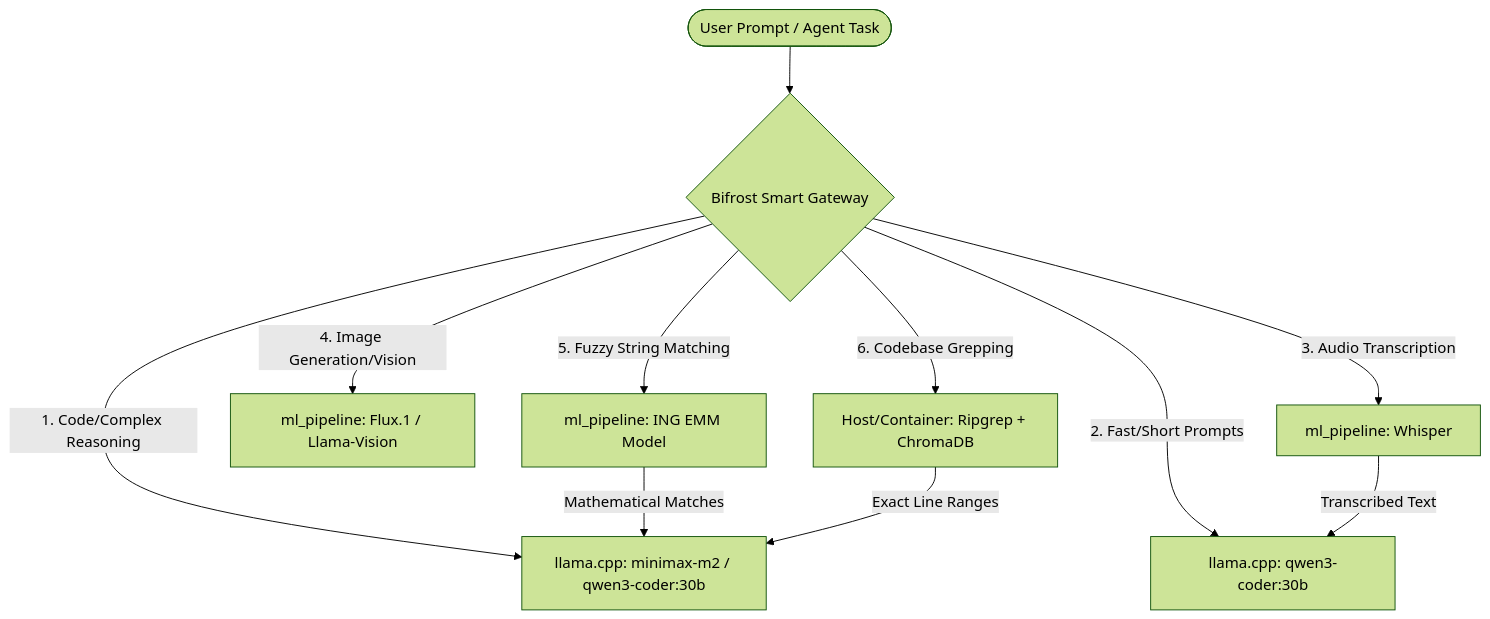
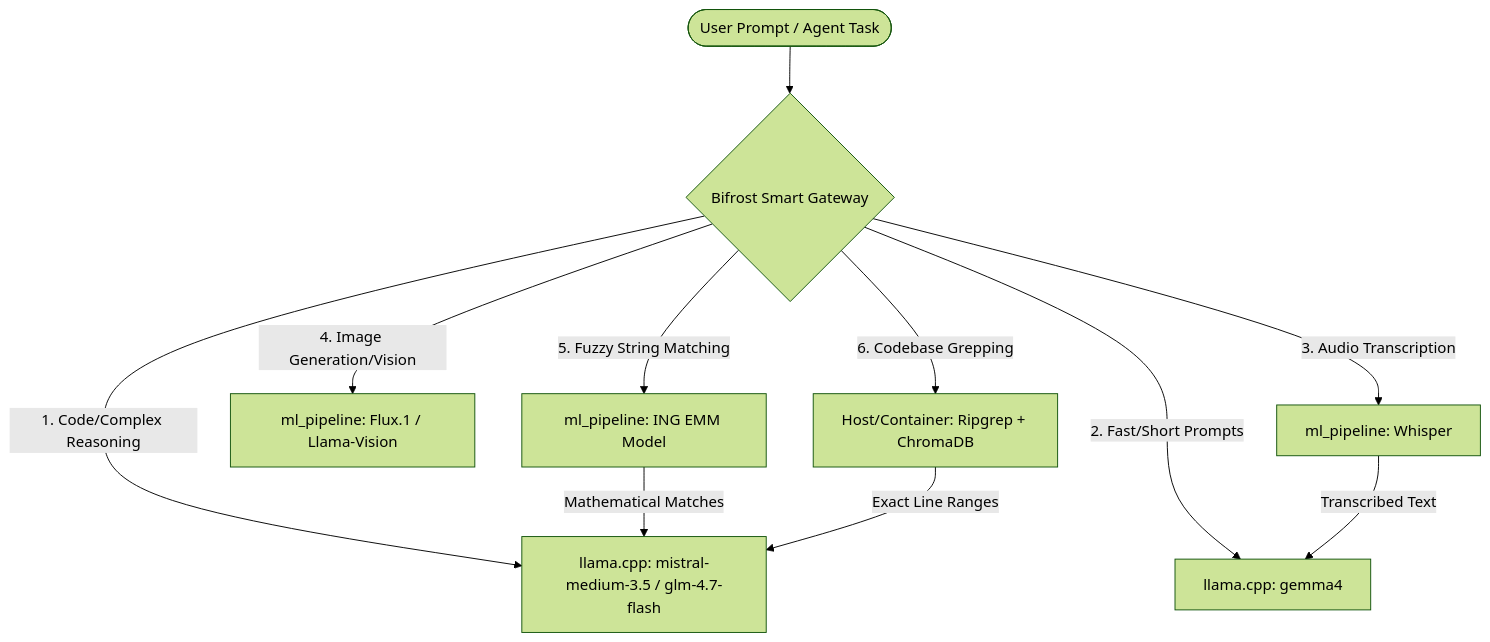
The diagram in ARCHITECTURAL_MASTER_PLAN.md (lariocpt/lario-llms), drawn with Mermaid (forest theme) before and after one commit. The commit also changed 10 other files, not shown here.

````diff
--- a/ARCHITECTURAL_MASTER_PLAN.md
+++ b/ARCHITECTURAL_MASTER_PLAN.md
@@ -11,17 +11,17 @@
 ```mermaid
 graph TD
     User([User Prompt / Agent Task]) --> Router{Bifrost Smart Gateway}
     
     %% Task Classification
-    Router -->|1. Code/Complex Reasoning| Apex[llama.cpp: minimax-m2 / qwen3-coder:30b]
-    Router -->|2. Fast/Short Prompts| Gemma[llama.cpp: qwen3-coder:30b]
+    Router -->|1. Code/Complex Reasoning| Apex[llama.cpp: mistral-medium-3.5 / glm-4.7-flash]
+    Router -->|2. Fast/Short Prompts| Gemma[llama.cpp: gemma4]
     Router -->|3. Audio Transcription| Whisper[ml_pipeline: Whisper]
     Router -->|4. Image Generation/Vision| Flux[ml_pipeline: Flux.1 / Llama-Vision]
     Router -->|5. Fuzzy String Matching| EMM[ml_pipeline: ING EMM Model]
     Router -->|6. Codebase Grepping| Ripgrep[Host/Container: Ripgrep + ChromaDB]
 
     %% Feedback loop
     Whisper -->|Transcribed Text| Gemma
     EMM -->|Mathematical Matches| Apex
     Ripgrep -->|Exact Line Ranges| Apex
 ```
````
